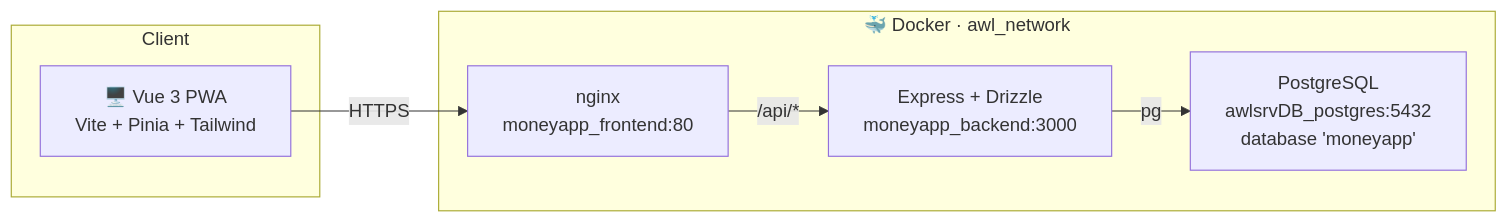
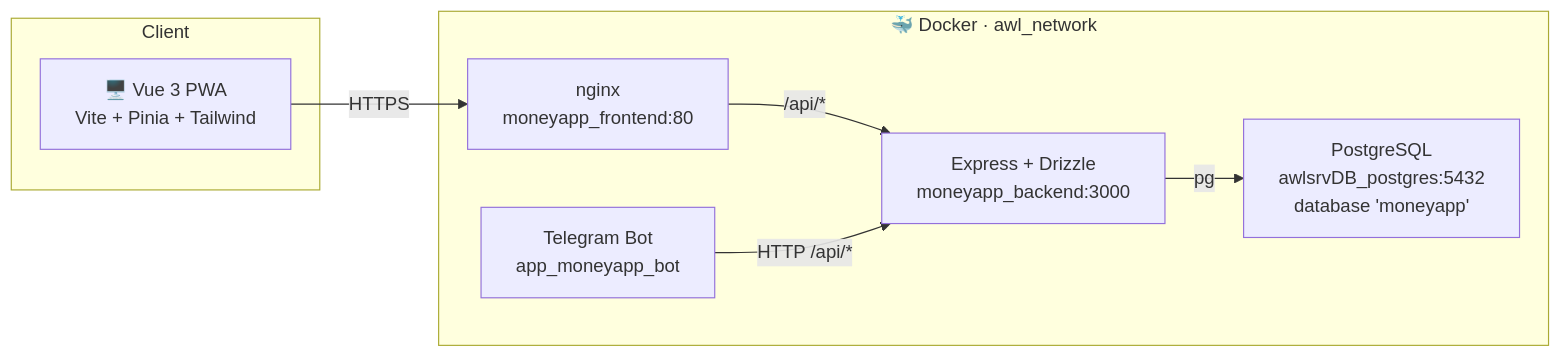
Before and after one commit to moablive/MoneyAPP: the first of 2 diagrams in README.md, drawn with Mermaid. The commit also changed other lines of this file and 9 other files, not shown here.

Commit message:
chore(infra): add telegram bot to main docker-compose, remove calendar integration references, and rename bot container to match project standards

````diff
--- a/README.md
+++ b/README.md
@@ -183,17 +182,19 @@
 ```mermaid
 flowchart LR
   subgraph Client
     PWA["🖥️ Vue 3 PWA<br/>Vite + Pinia + Tailwind"]
   end
 
 
   subgraph awl_network["🐳 Docker · awl_network"]
     NGINX["nginx<br/>moneyapp_frontend:80"]
     API["Express + Drizzle<br/>moneyapp_backend:3000"]
+    BOT["Telegram Bot<br/>app_moneyapp_bot"]
     PG["PostgreSQL<br/>awlsrvDB_postgres:5432<br/>database 'moneyapp'"]
   end
 
   PWA -- "HTTPS" --> NGINX
   NGINX -- "/api/*" --> API
   API -- "pg" --> PG
+  BOT -- "HTTP /api/*" --> API
 ```
````
